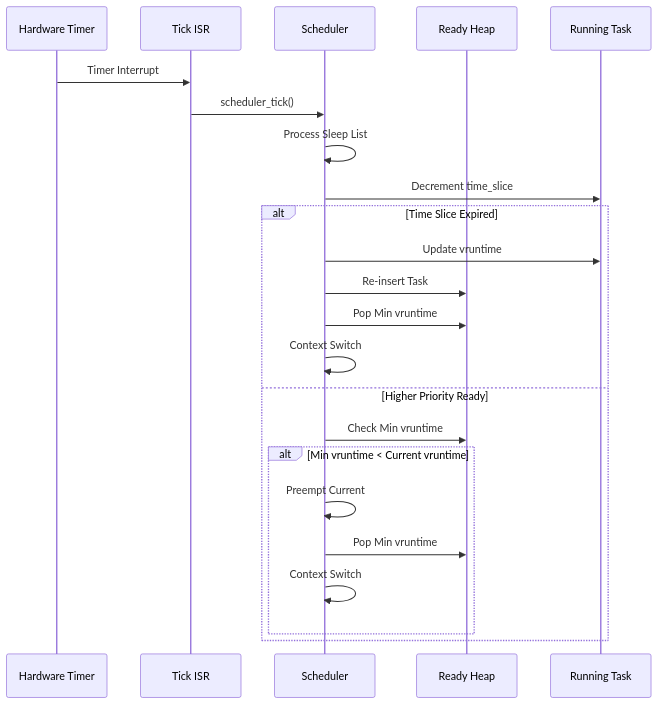
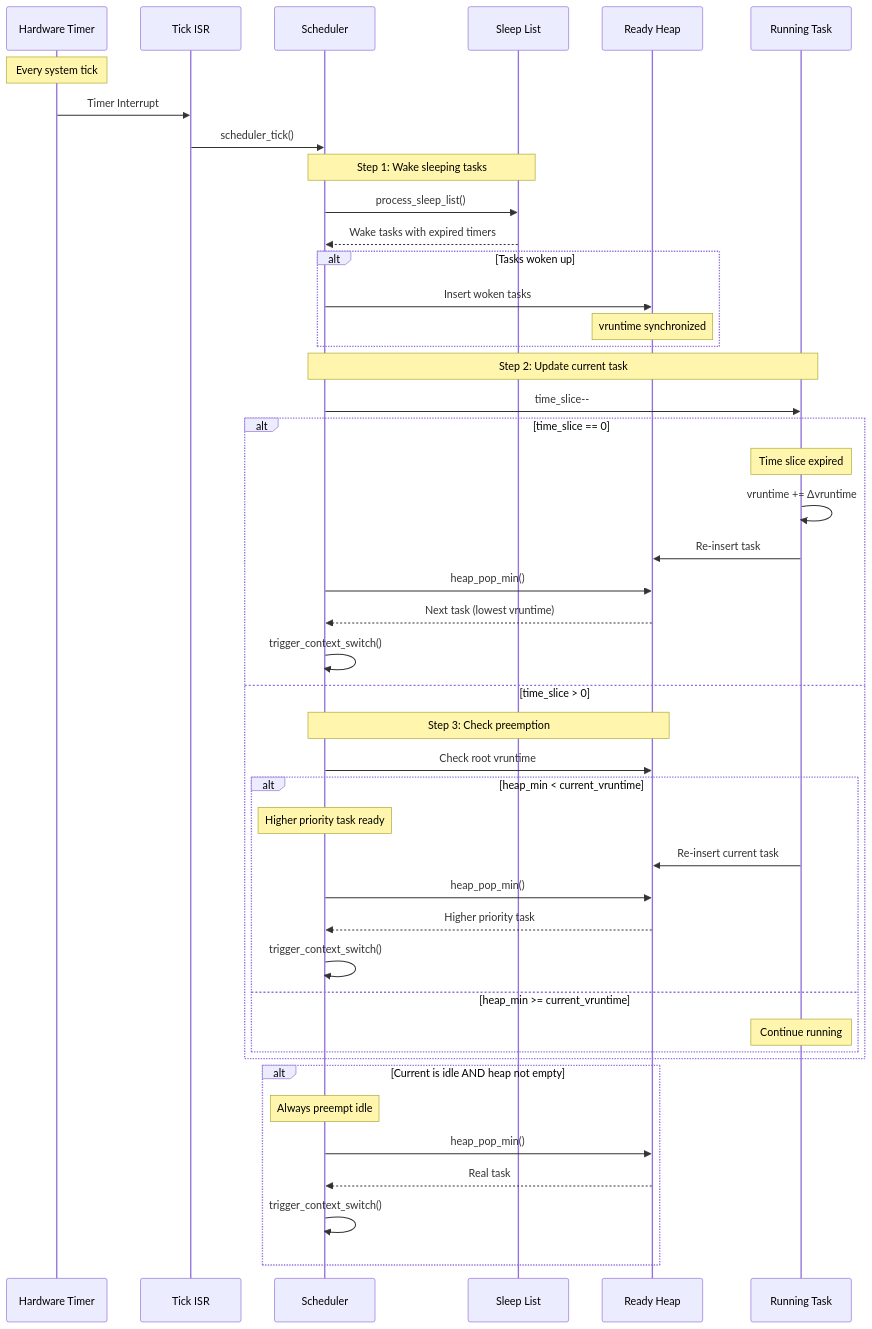
The second of 14 diagrams in docs/scheduler.md (sabarioded/soRTOS), drawn with Mermaid before and after one commit. The commit also changed other lines of this file, not shown here.

````diff
--- a/docs/scheduler.md
+++ b/docs/scheduler.md
@@ -131,27 +138,54 @@
 ```mermaid
 sequenceDiagram
     participant HW as Hardware Timer
     participant ISR as Tick ISR
     participant Sched as Scheduler
+    participant Sleep as Sleep List
     participant Heap as Ready Heap
     participant Task as Running Task
 
+    Note over HW: Every system tick
     HW->>ISR: Timer Interrupt
     ISR->>Sched: scheduler_tick()
-    Sched->>Sched: Process Sleep List
-    Sched->>Task: Decrement time_slice
     
-    alt Time Slice Expired
-        Sched->>Task: Update vruntime
-        Sched->>Heap: Re-insert Task
-        Sched->>Heap: Pop Min vruntime
-        Sched->>Sched: Context Switch
-    else Higher Priority Ready
-        Sched->>Heap: Check Min vruntime
-        alt Min vruntime < Current vruntime
-            Sched->>Sched: Preempt Current
-            Sched->>Heap: Pop Min vruntime
-            Sched->>Sched: Context Switch
+    Note over Sched,Sleep: Step 1: Wake sleeping tasks
+    Sched->>Sleep: process_sleep_list()
+    Sleep-->>Sched: Wake tasks with expired timers
+    
+    alt Tasks woken up
+        Sched->>Heap: Insert woken tasks
+        Note over Heap: vruntime synchronized
+    end
+    
+    Note over Sched,Task: Step 2: Update current task
+    Sched->>Task: time_slice--
+    
+    alt time_slice == 0
+        Note over Task: Time slice expired
+        Task->>Task: vruntime += Δvruntime
+        Task->>Heap: Re-insert task
+        Sched->>Heap: heap_pop_min()
+        Heap-->>Sched: Next task (lowest vruntime)
+        Sched->>Sched: trigger_context_switch()
+    else time_slice > 0
+        Note over Sched,Heap: Step 3: Check preemption
+        Sched->>Heap: Check root vruntime
+        
+        alt heap_min < current_vruntime
+            Note over Sched: Higher priority task ready
+            Task->>Heap: Re-insert current task
+            Sched->>Heap: heap_pop_min()
+            Heap-->>Sched: Higher priority task
+            Sched->>Sched: trigger_context_switch()
+        else heap_min >= current_vruntime
+            Note over Task: Continue running
         end
     end
+    
+    alt Current is idle AND heap not empty
+        Note over Sched: Always preempt idle
+        Sched->>Heap: heap_pop_min()
+        Heap-->>Sched: Real task
+        Sched->>Sched: trigger_context_switch()
+    end
 ```
````
